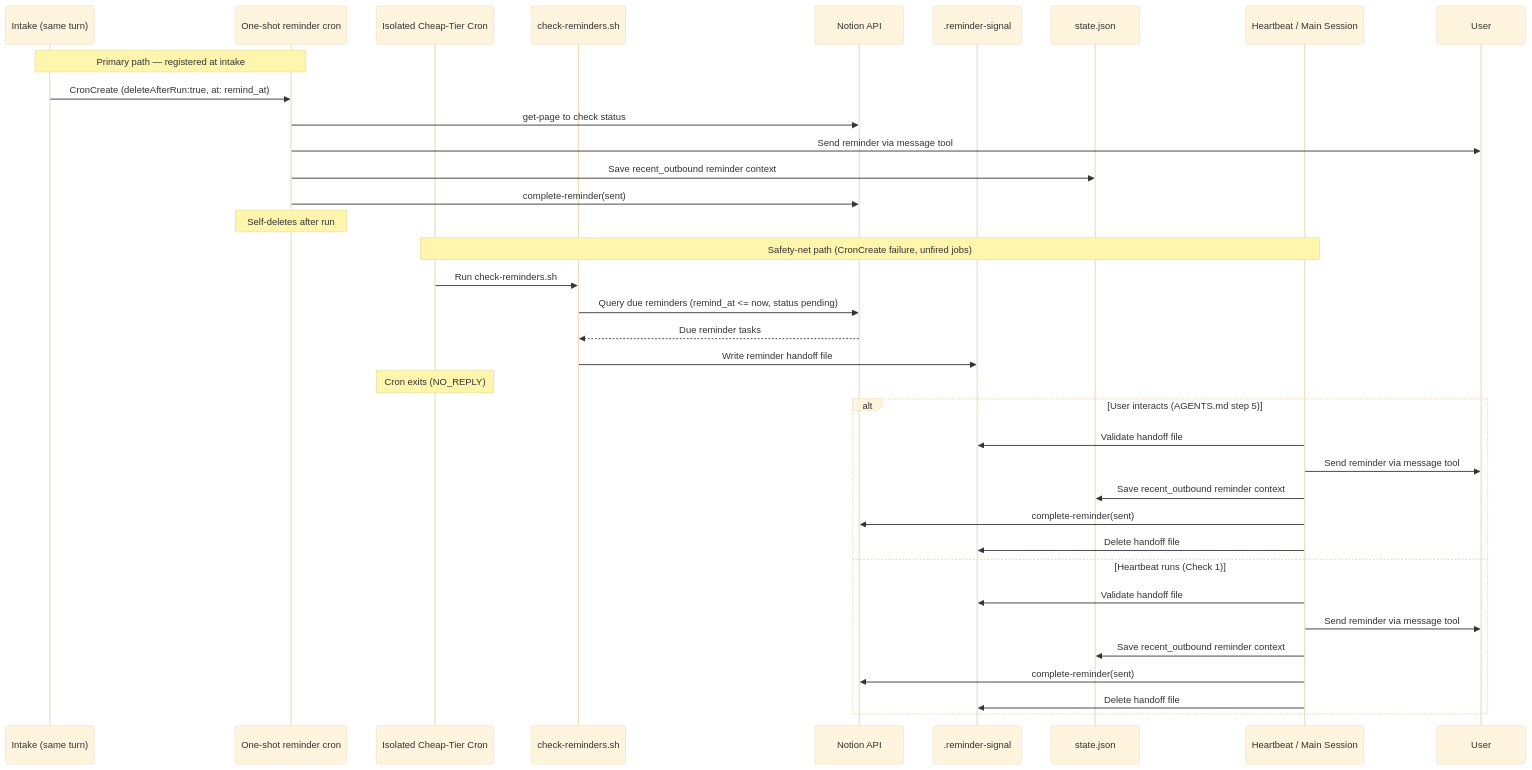
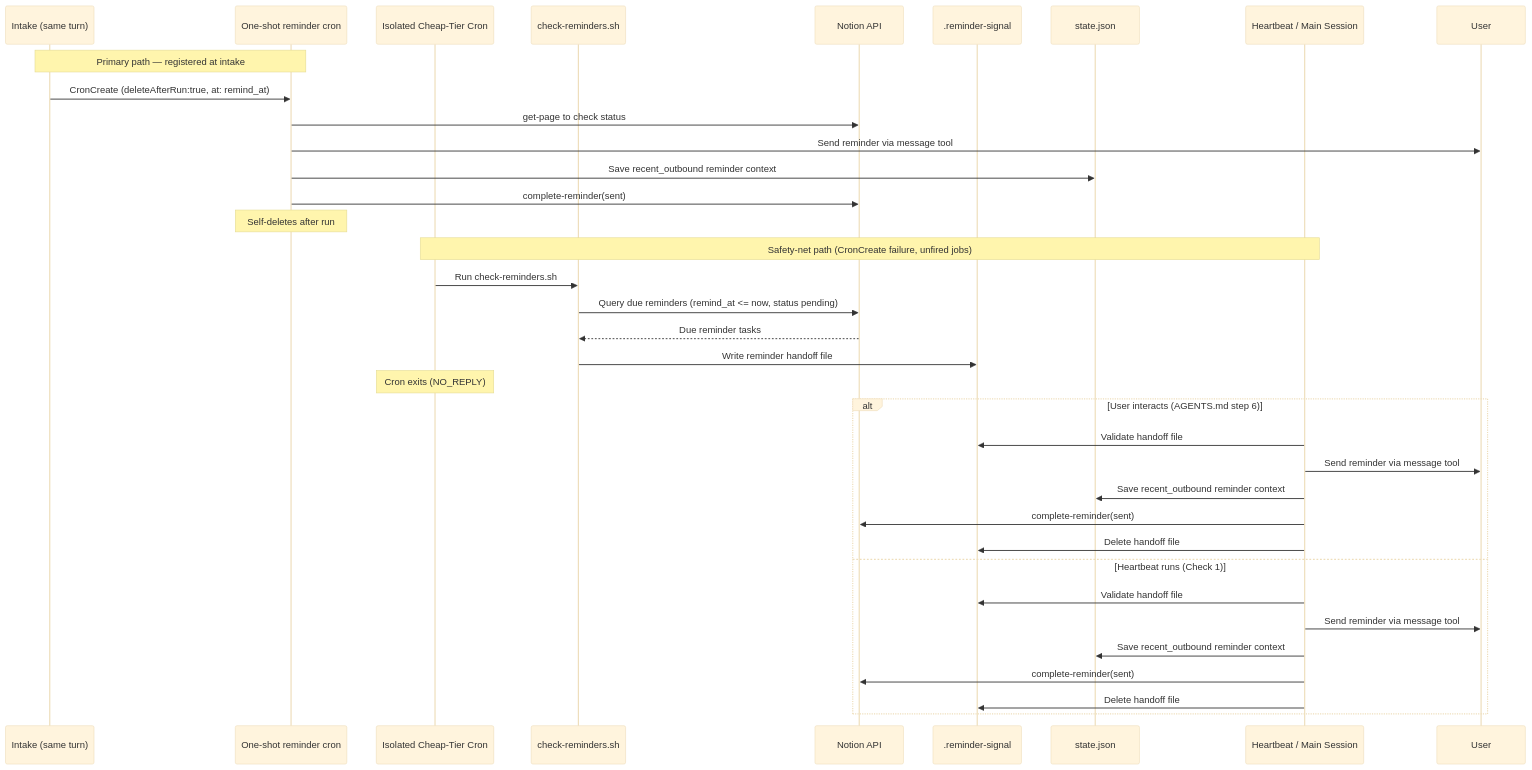
Before and after one commit to NickBorgersProbably/hide-my-list: diagram 22 of 28 in docs/user-interactions.md, drawn with Mermaid (base theme). The commit also changed other lines of this file and 15 other files, not shown here.

````diff
--- a/docs/user-interactions.md
+++ b/docs/user-interactions.md
@@ -744,40 +744,40 @@
 ```mermaid
 sequenceDiagram
     participant Intake as Intake (same turn)
     participant OneShotCron as One-shot reminder cron
     participant Cron as Isolated Cheap-Tier Cron
     participant Scr as check-reminders.sh
     participant Notion as Notion API
     participant Signal as .reminder-signal
     participant State as state.json
     participant Delivery as Heartbeat / Main Session
     participant User
 
     Note over Intake,OneShotCron: Primary path — registered at intake
     Intake->>OneShotCron: CronCreate (deleteAfterRun:true, at: remind_at)
     OneShotCron->>Notion: get-page to check status
     OneShotCron->>User: Send reminder via message tool
     OneShotCron->>State: Save recent_outbound reminder context
     OneShotCron->>Notion: complete-reminder(sent)
     Note over OneShotCron: Self-deletes after run
 
     Note over Cron,Delivery: Safety-net path (CronCreate failure, unfired jobs)
     Cron->>Scr: Run check-reminders.sh
     Scr->>Notion: Query due reminders (remind_at <= now, status pending)
     Notion-->>Scr: Due reminder tasks
     Scr->>Signal: Write reminder handoff file
     Note over Cron: Cron exits (NO_REPLY)
-    alt User interacts (AGENTS.md step 5)
+    alt User interacts (AGENTS.md step 6)
         Delivery->>Signal: Validate handoff file
         Delivery->>User: Send reminder via message tool
         Delivery->>State: Save recent_outbound reminder context
         Delivery->>Notion: complete-reminder(sent)
         Delivery->>Signal: Delete handoff file
     else Heartbeat runs (Check 1)
         Delivery->>Signal: Validate handoff file
         Delivery->>User: Send reminder via message tool
         Delivery->>State: Save recent_outbound reminder context
         Delivery->>Notion: complete-reminder(sent)
         Delivery->>Signal: Delete handoff file
     end
 ```
````
